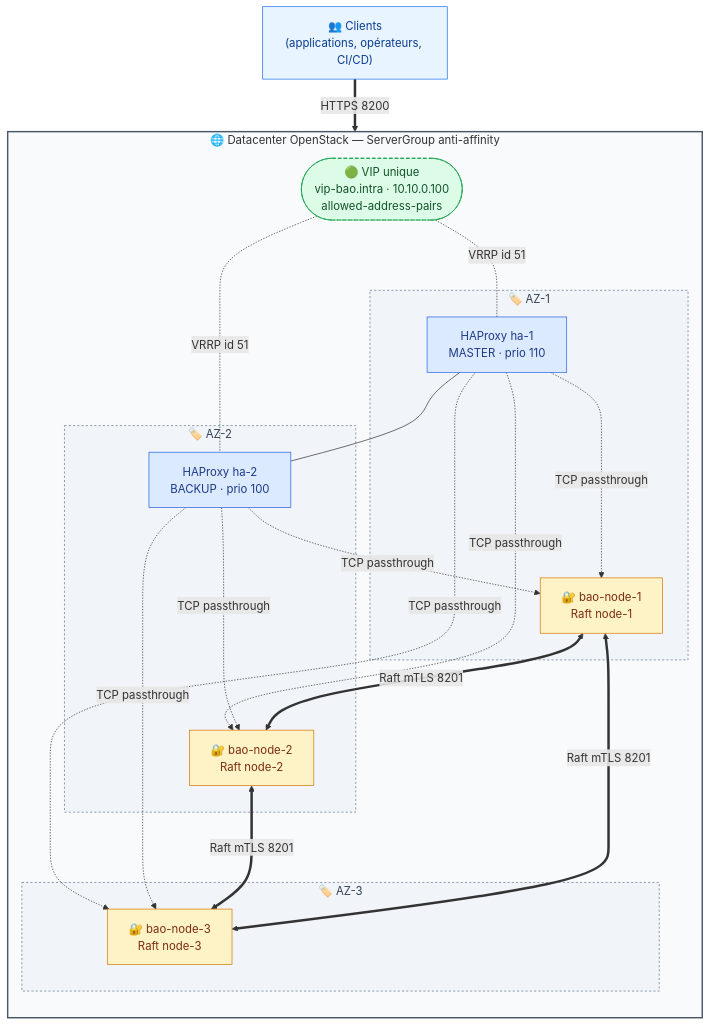
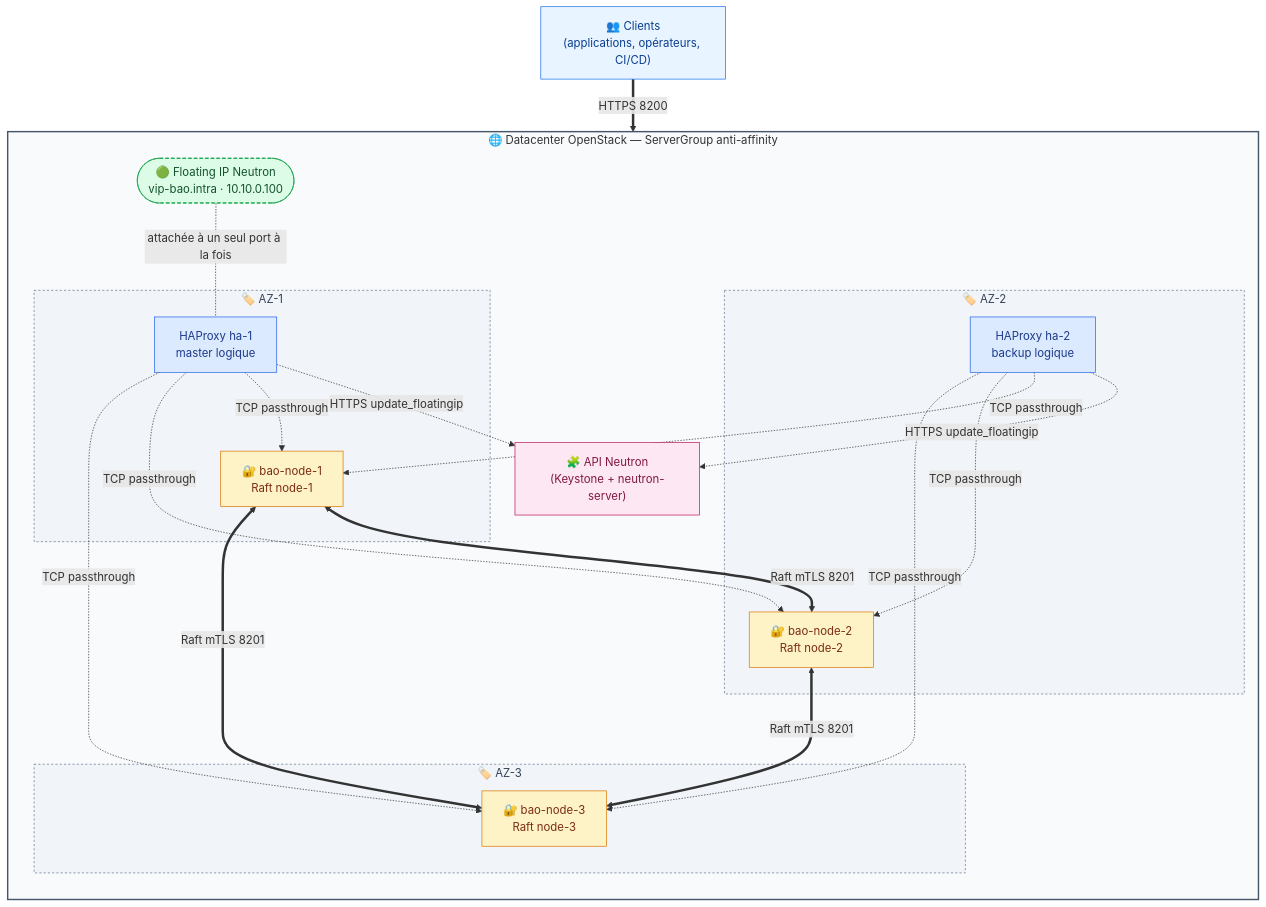
The diagram in openbao-ha/README.md (massinissa-boutrig/OpenBao), drawn with Mermaid before and after one commit. The commit also changed other lines of this file and 17 other files, not shown here.

First line of the commit message:
feat(openstack_fip): bascule Floating IP via Neutron API, suppression VRRP

````diff
--- a/openbao-ha/README.md
+++ b/openbao-ha/README.md
@@ -47,50 +47,52 @@
 ```mermaid
 flowchart TB
     classDef client fill:#e8f4ff,stroke:#1f6feb,color:#0b3d91
-    classDef vip fill:#dcfce7,stroke:#16a34a,stroke-dasharray:5 3,color:#14532d
+    classDef fip fill:#dcfce7,stroke:#16a34a,stroke-dasharray:5 3,color:#14532d
     classDef ha fill:#dbeafe,stroke:#2563eb,color:#1e3a8a
     classDef bao fill:#fef3c7,stroke:#d97706,color:#7c2d12
+    classDef neutron fill:#fce7f3,stroke:#be185d,color:#831843
     classDef az fill:#f1f5f9,stroke:#64748b,stroke-dasharray:3 3,color:#334155
     classDef dc fill:#f8fafc,stroke:#475569,stroke-width:2px
 
     Clients["👥 Clients<br/>(applications, opérateurs, CI/CD)"]:::client
 
     subgraph DC ["🌐 Datacenter OpenStack — ServerGroup anti-affinity"]
         direction TB
-        VIP(["🟢 VIP unique<br/>vip-bao.intra · 10.10.0.100<br/>allowed-address-pairs"]):::vip
+        FIP(["🟢 Floating IP Neutron<br/>vip-bao.intra · 10.10.0.100"]):::fip
+        NEUTRON["🧩 API Neutron<br/>(Keystone + neutron-server)"]:::neutron
 
         subgraph AZ1 ["🏷️ AZ-1"]
-            HA1["HAProxy ha-1<br/>MASTER · prio 110"]:::ha
+            HA1["HAProxy ha-1<br/>master logique"]:::ha
             BAO1["🔐 bao-node-1<br/>Raft node-1"]:::bao
         end
 
         subgraph AZ2 ["🏷️ AZ-2"]
-            HA2["HAProxy ha-2<br/>BACKUP · prio 100"]:::ha
+            HA2["HAProxy ha-2<br/>backup logique"]:::ha
             BAO2["🔐 bao-node-2<br/>Raft node-2"]:::bao
         end
 
         subgraph AZ3 ["🏷️ AZ-3"]
             BAO3["🔐 bao-node-3<br/>Raft node-3"]:::bao
         end
 
-        VIP -.VRRP id 51.- HA1
-        VIP -.VRRP id 51.- HA2
-        HA1 --- HA2
+        FIP -.attachée à un seul port à la fois.- HA1
+        HA1 -.HTTPS update_floatingip.-> NEUTRON
+        HA2 -.HTTPS update_floatingip.-> NEUTRON
     end
 
     class DC dc
     class AZ1,AZ2,AZ3 az
 
-    Clients ==>|HTTPS 8200| VIP
+    Clients ==>|HTTPS 8200| FIP
 
     HA1 -.TCP passthrough.-> BAO1
     HA1 -.TCP passthrough.-> BAO2
     HA1 -.TCP passthrough.-> BAO3
     HA2 -.TCP passthrough.-> BAO1
     HA2 -.TCP passthrough.-> BAO2
     HA2 -.TCP passthrough.-> BAO3
 
     BAO1 <==>|Raft mTLS 8201| BAO2
     BAO2 <==>|Raft mTLS 8201| BAO3
     BAO1 <==>|Raft mTLS 8201| BAO3
 ```
````
